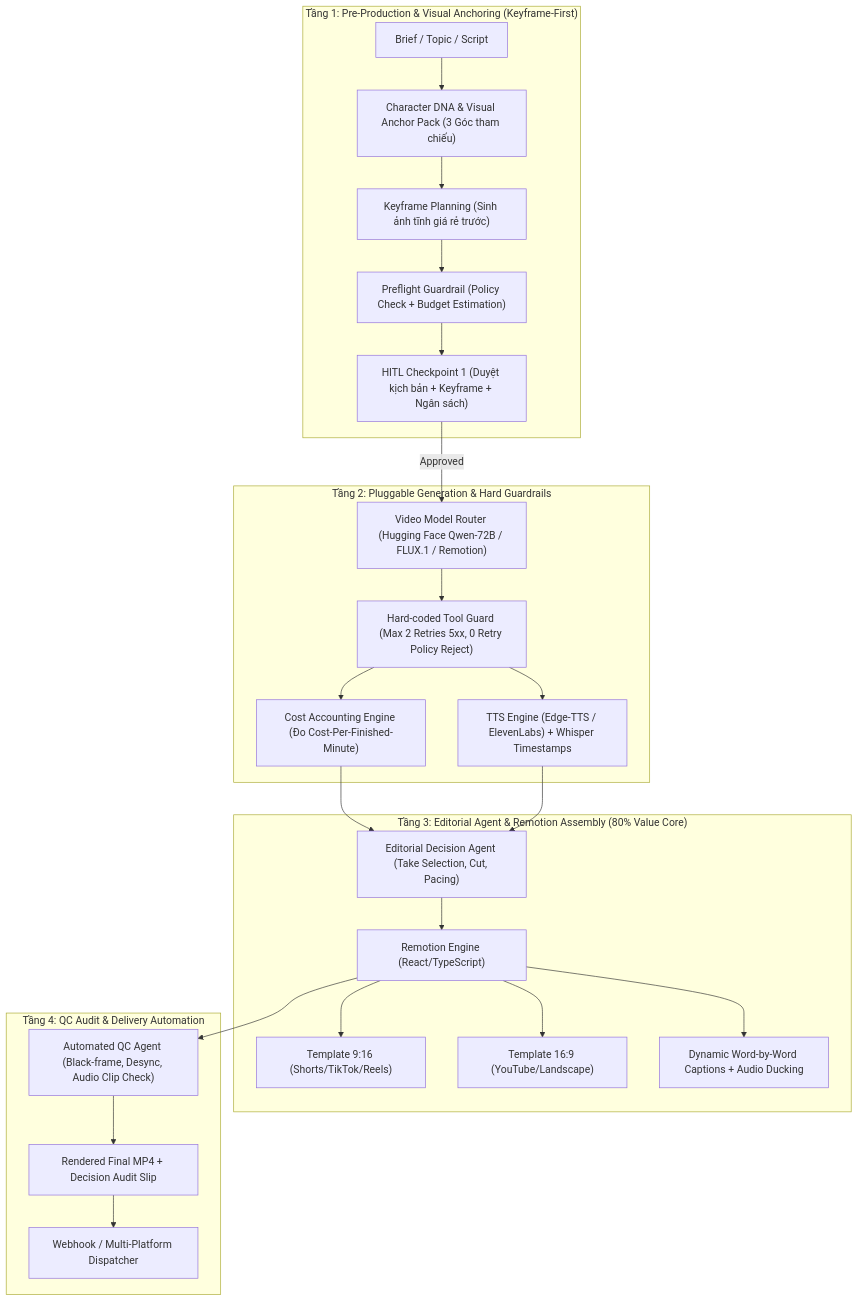
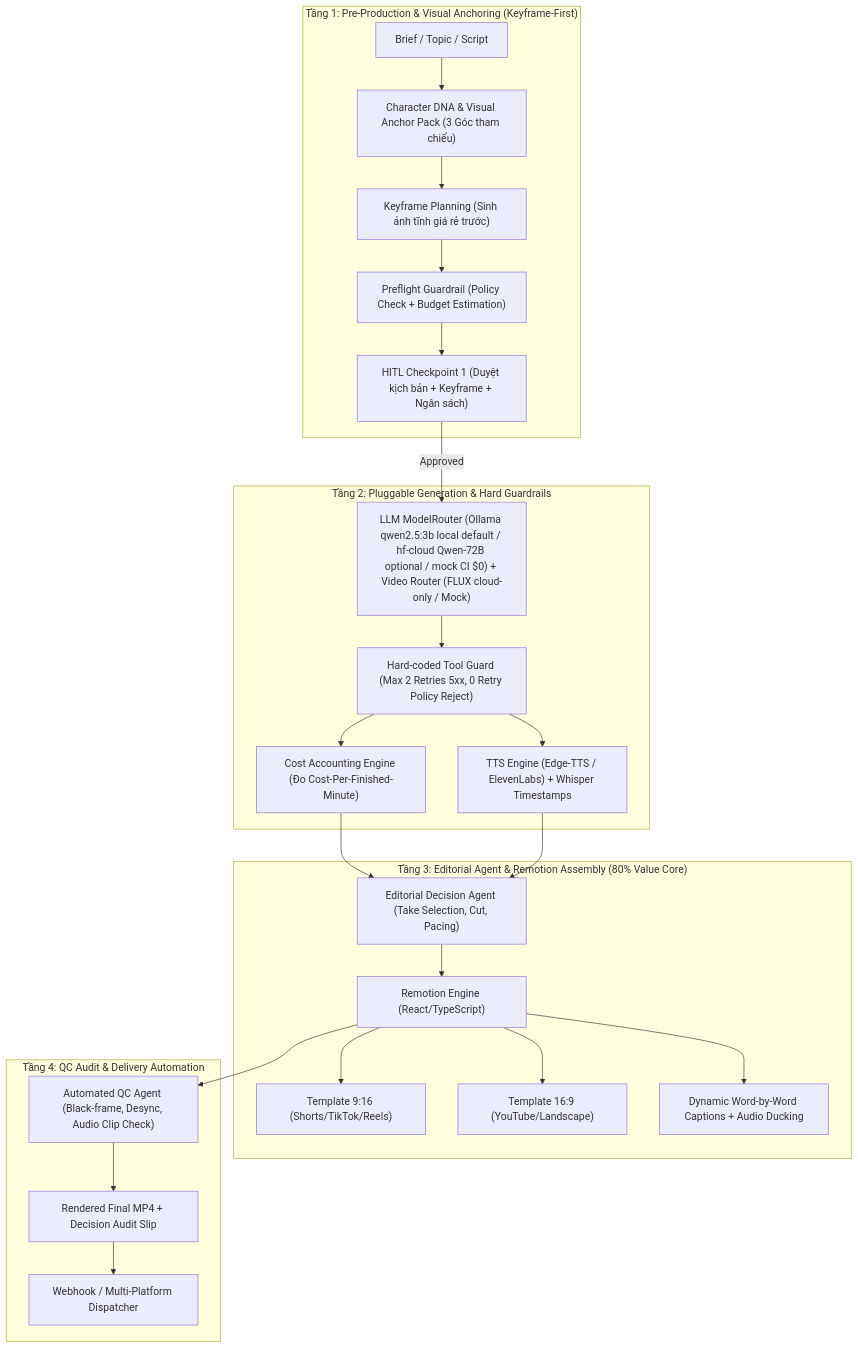
One commit to imtarget05/Video-Agent changed the diagram in docs/spec.md. Above: the diagram before and after it, drawn with Mermaid. The commit also changed other lines of this file and 56 other files, not shown here.

````diff
--- a/docs/spec.md
+++ b/docs/spec.md
@@ -39,30 +39,30 @@
 ```mermaid
 flowchart TD
     subgraph Layer1 ["Tầng 1: Pre-Production & Visual Anchoring (Keyframe-First)"]
         Brief["Brief / Topic / Script"] --> DNA["Character DNA & Visual Anchor Pack (3 Góc tham chiếu)"]
         DNA --> Storyboard["Keyframe Planning (Sinh ảnh tĩnh giá rẻ trước)"]
         Storyboard --> Preflight["Preflight Guardrail (Policy Check + Budget Estimation)"]
         Preflight --> HITL["HITL Checkpoint 1 (Duyệt kịch bản + Keyframe + Ngân sách)"]
     end
 
     subgraph Layer2 ["Tầng 2: Pluggable Generation & Hard Guardrails"]
-        HITL -->|Approved| ModelRouter["Video Model Router (Hugging Face Qwen-72B / FLUX.1 / Remotion)"]
+        HITL -->|Approved| ModelRouter["LLM ModelRouter (Ollama qwen2.5:3b local default / hf-cloud Qwen-72B optional / mock CI $0) + Video Router (FLUX cloud-only / Mock)"]
         ModelRouter --> ToolGuard["Hard-coded Tool Guard (Max 2 Retries 5xx, 0 Retry Policy Reject)"]
         ToolGuard --> CostTracker["Cost Accounting Engine (Đo Cost-Per-Finished-Minute)"]
         ToolGuard --> TTS["TTS Engine (Edge-TTS / ElevenLabs) + Whisper Timestamps"]
     end
 
     subgraph Layer3 ["Tầng 3: Editorial Agent & Remotion Assembly (80% Value Core)"]
         CostTracker & TTS --> EditAgent["Editorial Decision Agent (Take Selection, Cut, Pacing)"]
         EditAgent --> Remotion["Remotion Engine (React/TypeScript)"]
         Remotion --> Template916["Template 9:16 (Shorts/TikTok/Reels)"]
         Remotion --> Template169["Template 16:9 (YouTube/Landscape)"]
         Remotion --> Subtitles["Dynamic Word-by-Word Captions + Audio Ducking"]
     end
 
     subgraph Layer4 ["Tầng 4: QC Audit & Delivery Automation"]
         Remotion --> QCAgent["Automated QC Agent (Black-frame, Desync, Audio Clip Check)"]
         QCAgent --> Output["Rendered Final MP4 + Decision Audit Slip"]
         Output --> Publish["Webhook / Multi-Platform Dispatcher"]
     end
 ```
````
